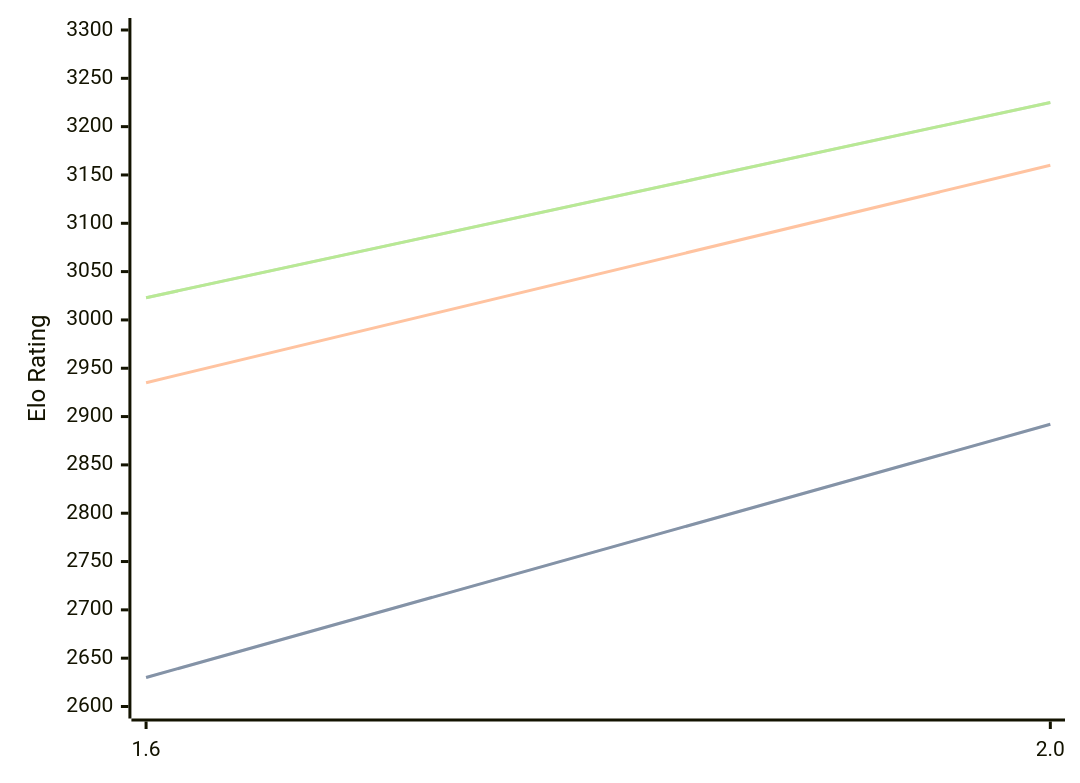
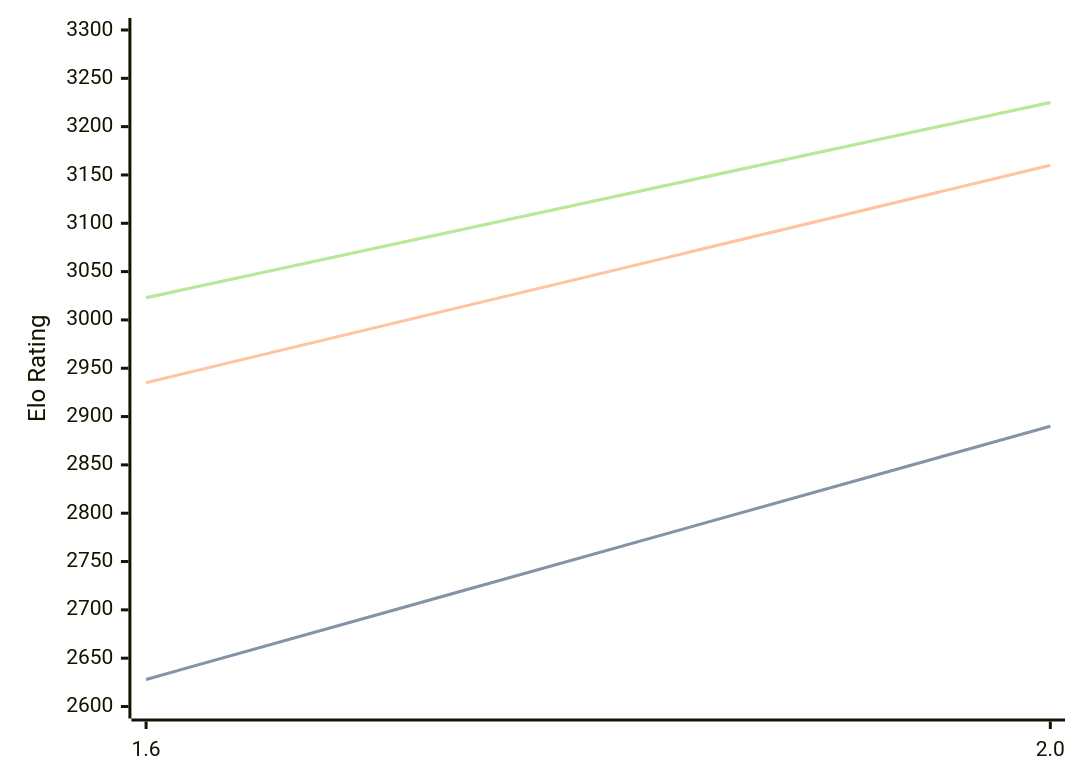
One commit to computer-chess-index/cci changed the diagram in engines/Onyx.md. Above: the diagram before and after it, drawn with Mermaid. The commit also changed other lines of this file, not shown here.

````diff
--- a/engines/Onyx.md
+++ b/engines/Onyx.md
@@ -32,11 +32,11 @@
 ```mermaid
 %%{init: {"theme":"base","themeVariables":{"seriesColors:['#a3a3a3','#222221','#faa371']}}}%%
 xychart-beta
   x-axis ["1.6", "2.0"]
   y-axis "Elo Rating" 2600 --> 3300
-  line "" [2630, 2892]
-  line "STC (8.0+0.08s)" [2630, 2892]
+  line "" [2628, 2890]
+  line "STC (8.0+0.08s)" [2628, 2890]
   line "LTC (60.0+0.60s)" [2935, 3160]
   line "" [3023, 3225]
   line "VLTC (2m24s+1.12s)" [3023, 3225]
 ```
````
